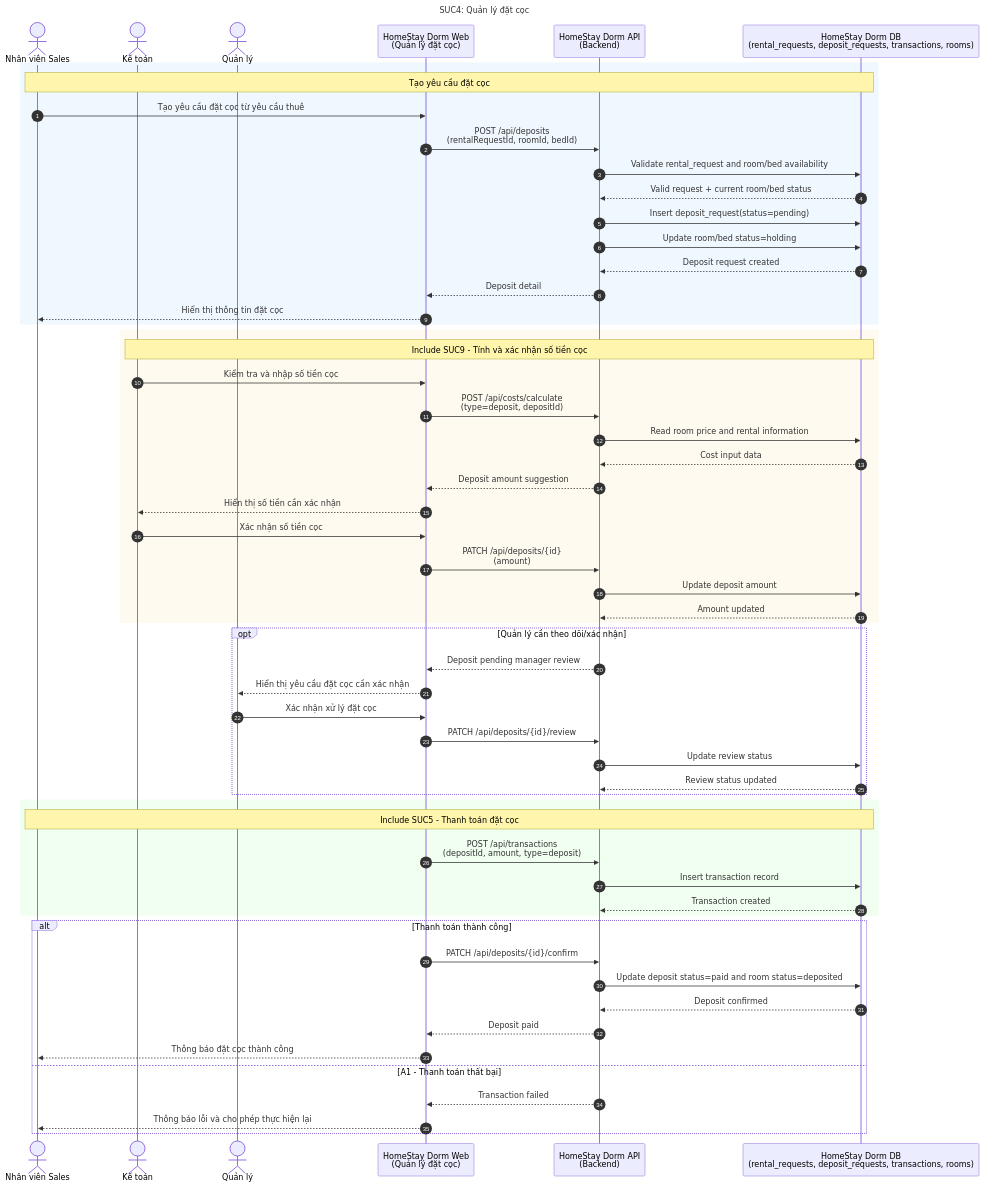
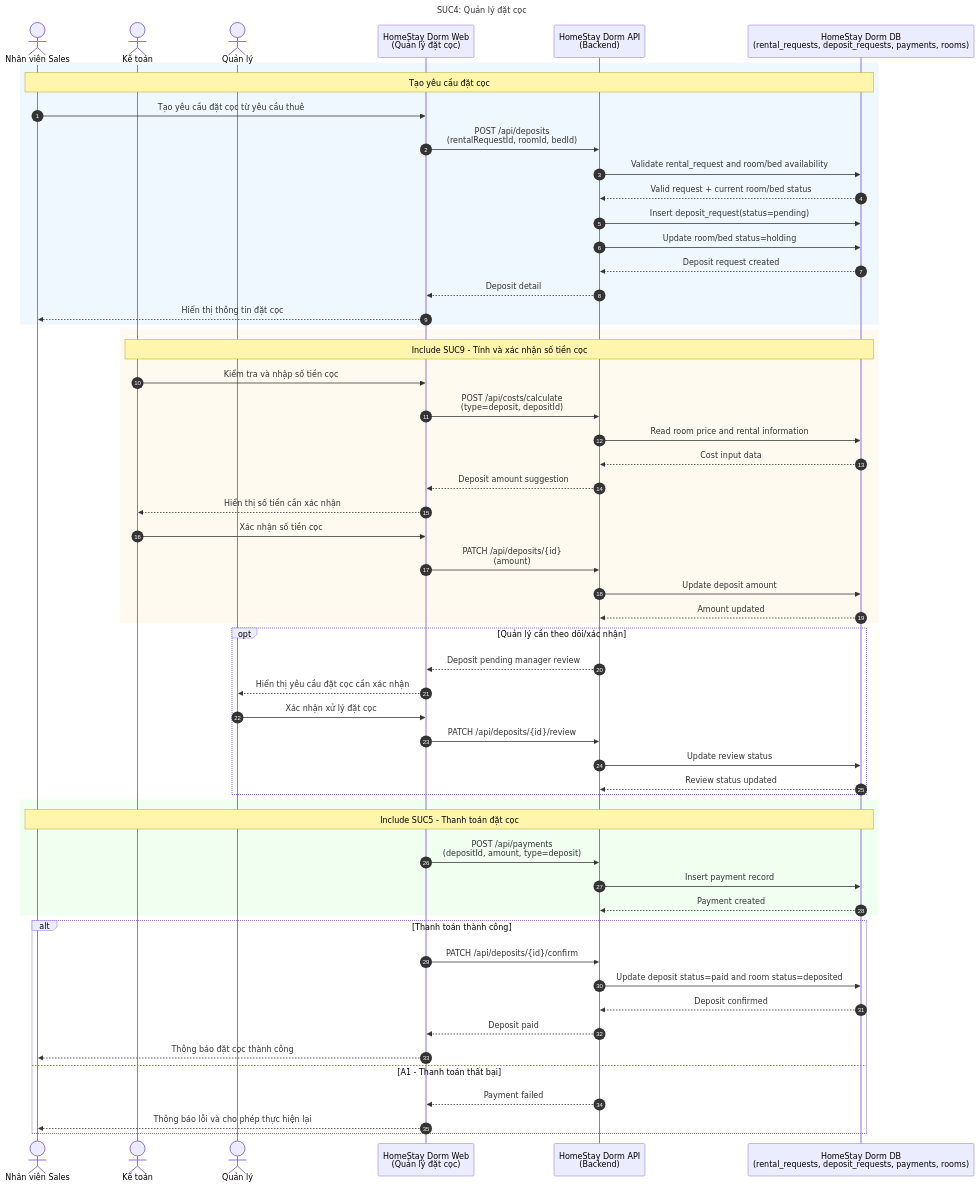
The diagram in docs/SUC/SUC04-quan-ly-dat-coc.mmd (dinhdaivu/CSC12004_Information-Systems-Analysis-and-Design), drawn with Mermaid before and after one commit. The commit also changed 30 other files, not shown here.

Commit message:
docs: change transactions to payments (#8)

```diff
--- a/docs/SUC/SUC04-quan-ly-dat-coc.mmd
+++ b/docs/SUC/SUC04-quan-ly-dat-coc.mmd
@@ -1,63 +1,63 @@
 sequenceDiagram
     title SUC4: Quản lý đặt cọc
     autonumber
     actor S as Nhân viên Sales
     actor A as Kế toán
     actor M as Quản lý
     participant Web as HomeStay Dorm Web<br/>(Quản lý đặt cọc)
     participant API as HomeStay Dorm API<br/>(Backend)
-    participant DB as HomeStay Dorm DB<br/>(rental_requests, deposit_requests, transactions, rooms)
+    participant DB as HomeStay Dorm DB<br/>(rental_requests, deposit_requests, payments, rooms)
 
     rect rgb(240, 248, 255)
         Note over S, DB: Tạo yêu cầu đặt cọc
         S->>Web: Tạo yêu cầu đặt cọc từ yêu cầu thuê
         Web->>API: POST /api/deposits<br/>(rentalRequestId, roomId, bedId)
         API->>DB: Validate rental_request and room/bed availability
         DB-->>API: Valid request + current room/bed status
         API->>DB: Insert deposit_request(status=pending)
         API->>DB: Update room/bed status=holding
         DB-->>API: Deposit request created
         API-->>Web: Deposit detail
         Web-->>S: Hiển thị thông tin đặt cọc
     end
 
     rect rgb(255, 250, 240)
         Note over A, DB: Include SUC9 - Tính và xác nhận số tiền cọc
         A->>Web: Kiểm tra và nhập số tiền cọc
         Web->>API: POST /api/costs/calculate<br/>(type=deposit, depositId)
         API->>DB: Read room price and rental information
         DB-->>API: Cost input data
         API-->>Web: Deposit amount suggestion
         Web-->>A: Hiển thị số tiền cần xác nhận
         A->>Web: Xác nhận số tiền cọc
         Web->>API: PATCH /api/deposits/{id}<br/>(amount)
         API->>DB: Update deposit amount
         DB-->>API: Amount updated
     end
 
     opt Quản lý cần theo dõi/xác nhận
         API-->>Web: Deposit pending manager review
         Web-->>M: Hiển thị yêu cầu đặt cọc cần xác nhận
         M->>Web: Xác nhận xử lý đặt cọc
         Web->>API: PATCH /api/deposits/{id}/review
         API->>DB: Update review status
         DB-->>API: Review status updated
     end
 
     rect rgb(240, 255, 240)
         Note over S, DB: Include SUC5 - Thanh toán đặt cọc
-        Web->>API: POST /api/transactions<br/>(depositId, amount, type=deposit)
-        API->>DB: Insert transaction record
-        DB-->>API: Transaction created
+        Web->>API: POST /api/payments<br/>(depositId, amount, type=deposit)
+        API->>DB: Insert payment record
+        DB-->>API: Payment created
     end
 
     alt Thanh toán thành công
         Web->>API: PATCH /api/deposits/{id}/confirm
         API->>DB: Update deposit status=paid and room status=deposited
         DB-->>API: Deposit confirmed
         API-->>Web: Deposit paid
         Web-->>S: Thông báo đặt cọc thành công
     else A1 - Thanh toán thất bại
-        API-->>Web: Transaction failed
+        API-->>Web: Payment failed
         Web-->>S: Thông báo lỗi và cho phép thực hiện lại
     end
```
